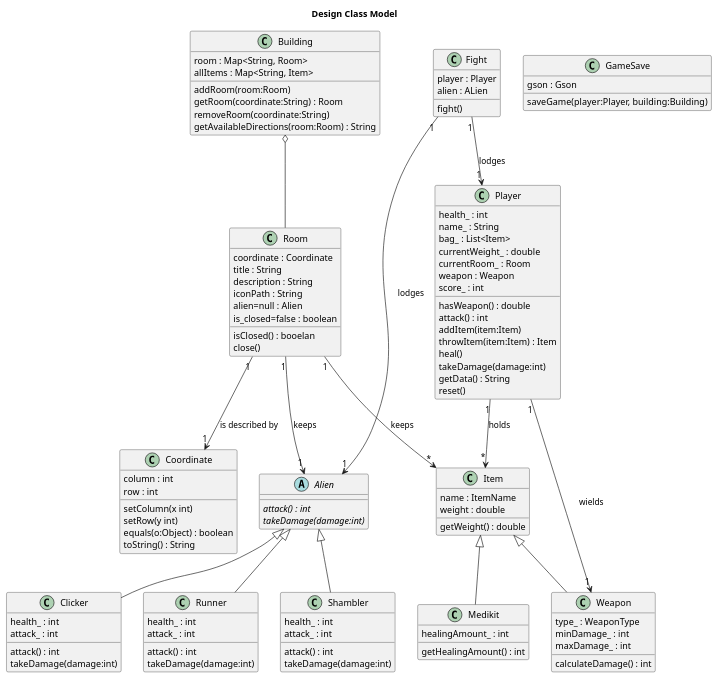
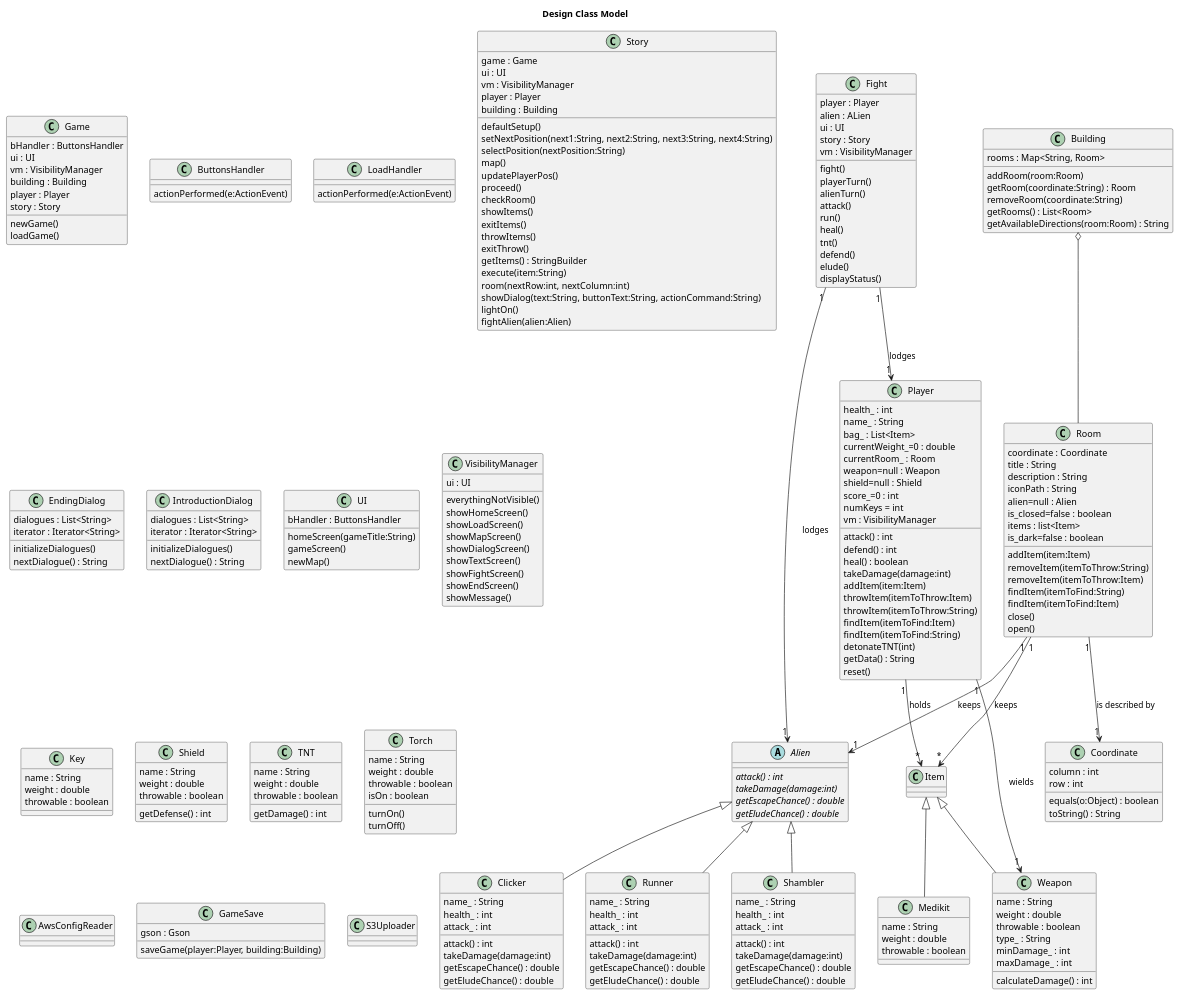
Before and after one commit to EDIDS/EDIDS_Proj: the diagram in src/main/java/com/extraction/uml/uml diagrams/Design-Class-Model.puml, drawn with PlantUML.

```diff
--- a/src/main/java/com/extraction/uml/uml diagrams/Design-Class-Model.puml
+++ b/src/main/java/com/extraction/uml/uml diagrams/Design-Class-Model.puml
@@ -3,82 +3,246 @@
 title Design Class Model
 
 abstract class Alien  {
-  {abstract} attack() : int
-  {abstract} takeDamage(damage:int)
+    {abstract} attack() : int
+    {abstract} takeDamage(damage:int)
+    {abstract} getEscapeChance() : double
+    {abstract} getEludeChance() : double
 }
 
 class Clicker {
-  health_ : int
-  attack_ : int
-  attack() : int
-  takeDamage(damage:int)
+    name_ : String
+    health_ : int
+    attack_ : int
+    attack() : int
+    takeDamage(damage:int)
+    getEscapeChance() : double
+    getEludeChance() : double
 }
 
 class Runner {
-  health_ : int
-  attack_ : int
-  attack() : int
-  takeDamage(damage:int)
+    name_ : String
+    health_ : int
+    attack_ : int
+    attack() : int
+    takeDamage(damage:int)
+    getEscapeChance() : double
+    getEludeChance() : double
 }
 
 class Shambler {
-  health_ : int
-  attack_ : int
-  attack() : int
-  takeDamage(damage:int)
+    name_ : String
+    health_ : int
+    attack_ : int
+    attack() : int
+    takeDamage(damage:int)
+    getEscapeChance() : double
+    getEludeChance() : double
+}
+
+class Game {
+    bHandler : ButtonsHandler
+    ui : UI
+    vm : VisibilityManager
+    building : Building
+    player : Player
+    story : Story
+    newGame()
+    loadGame()
+}
+
+class ButtonsHandler {
+    actionPerformed(e:ActionEvent)
+}
+
+class LoadHandler {
+    actionPerformed(e:ActionEvent)
+}
+
+class Story {
+    game : Game
+    ui : UI
+    vm : VisibilityManager
+    player : Player
+    building : Building
+    defaultSetup()
+    setNextPosition(next1:String, next2:String, next3:String, next4:String)
+    selectPosition(nextPosition:String)
+    map()
+    updatePlayerPos()
+    proceed()
+    checkRoom()
+    showItems()
+    exitItems()
+    throwItems()
+    exitThrow()
+    getItems() : StringBuilder
+    execute(item:String)
+    room(nextRow:int, nextColumn:int)
+    showDialog(text:String, buttonText:String, actionCommand:String)
+    lightOn()
+    fightAlien(alien:Alien)
+}
+
+class EndingDialog {
+    dialogues : List<String>
+    iterator : Iterator<String>
+    initializeDialogues()
+    nextDialogue() : String
+}
+
+class IntroductionDialog {
+    dialogues : List<String>
+    iterator : Iterator<String>
+    initializeDialogues()
+    nextDialogue() : String
+}
+
+class UI {
+    bHandler : ButtonsHandler
+    homeScreen(gameTitle:String)
+    gameScreen()
+    newMap()
+}
+
+class VisibilityManager {
+    ui : UI
+    everythingNotVisible()
+    showHomeScreen()
+    showLoadScreen()
+    showMapScreen()
+    showDialogScreen()
+    showTextScreen()
+    showFightScreen()
+    showEndScreen()
+    showMessage()
 }
 
 class Item {
-  name : ItemName
-  weight : double
-  getWeight() : double
+}
+
+class Key {
+    name : String
+    weight : double
+    throwable : boolean
+}
+
+class Medikit{
+    name : String
+    weight : double
+    throwable : boolean
+}
+
+class Shield {
+    name : String
+    weight : double
+    throwable : boolean
+    getDefense() : int
+}
+
+class TNT {
+    name : String
+    weight : double
+    throwable : boolean
+    getDamage() : int
+}
+
+class Torch {
+    name : String
+    weight : double
+    throwable : boolean
+    isOn : boolean
+    turnOn()
+    turnOff()
 }
 
 class Weapon {
-  type_ : WeaponType
-  minDamage_ : int
-  maxDamage_ : int
-  calculateDamage() : int
-}
-
-class Medikit{
-  healingAmount_ : int
-  getHealingAmount() : int
+    name : String
+    weight : double
+    throwable : boolean
+    type_ : String
+    minDamage_ : int
+    maxDamage_ : int
+    calculateDamage() : int
 }
 
 class Building {
-  room : Map<String, Room>
-  allItems : Map<String, Item>
-  addRoom(room:Room)
-  getRoom(coordinate:String) : Room
-  removeRoom(coordinate:String)
-  getAvailableDirections(room:Room) : String
+    rooms : Map<String, Room>
+    addRoom(room:Room)
+    getRoom(coordinate:String) : Room
+    removeRoom(coordinate:String)
+    getRooms() : List<Room>
+    getAvailableDirections(room:Room) : String
 }
  
 class Room {
-  coordinate : Coordinate
-  title : String
-  description : String
-  iconPath : String
-  alien=null : Alien
-  is_closed=false : boolean
-  isClosed() : booelan
-  close()
+    coordinate : Coordinate
+    title : String
+    description : String
+    iconPath : String
+    alien=null : Alien
+    is_closed=false : boolean
+    items : list<Item>
+    is_dark=false : boolean
+    addItem(item:Item)
+    removeItem(itemToThrow:String)
+    removeItem(itemToThrow:Item)
+    findItem(itemToFind:String)
+    findItem(itemToFind:Item)
+    close()
+    open()
 }
 
 class Coordinate {
-  column : int
-  row : int
-  setColumn(x int)
-  setRow(y int)
-  equals(o:Object) : boolean
-  toString() : String
+    column : int
+    row : int
+    equals(o:Object) : boolean
+    toString() : String
 }
 
 class Fight {
-  player : Player
-  alien : ALien
-  fight()
+    player : Player
+    alien : ALien
+    ui : UI
+    story : Story
+    vm : VisibilityManager
+    fight()
+    playerTurn()
+    alienTurn()
+    attack()
+    run()
+    heal()
+    tnt()
+    defend()
+    elude()
+    displayStatus()
+}
+
+class Player {
+    health_ : int
+    name_ : String
+    bag_ : List<Item>
+    currentWeight_=0 : double
+    currentRoom_ : Room
+    weapon=null : Weapon
+    shield=null : Shield
+    score_=0 : int
+    numKeys = int
+    vm : VisibilityManager
+    attack() : int
+    defend() : int
+    heal() : boolean
+    takeDamage(damage:int)
+    addItem(item:Item)
+    throwItem(itemToThrow:Item)
+    throwItem(itemToThrow:String)
+    findItem(itemToFind:Item)
+    findItem(itemToFind:String)
+    detonateTNT(int)
+    getData() : String
+    reset()
+}
+
+class AwsConfigReader {
 }
 
 class GameSave {
@@ -86,22 +250,7 @@
   saveGame(player:Player, building:Building)
 }
 
-class Player {
-  health_ : int
-  name_ : String
-  bag_ : List<Item>
-  currentWeight_ : double
-  currentRoom_ : Room
-  weapon : Weapon
-  score_ : int
-  hasWeapon() : double
-  attack() : int
-  addItem(item:Item)
-  throwItem(item:Item) : Item
-  heal()
-  takeDamage(damage:int)
-  getData() : String
-  reset()
+class S3Uploader {
 }
 
 Alien <|-- Clicker
```
